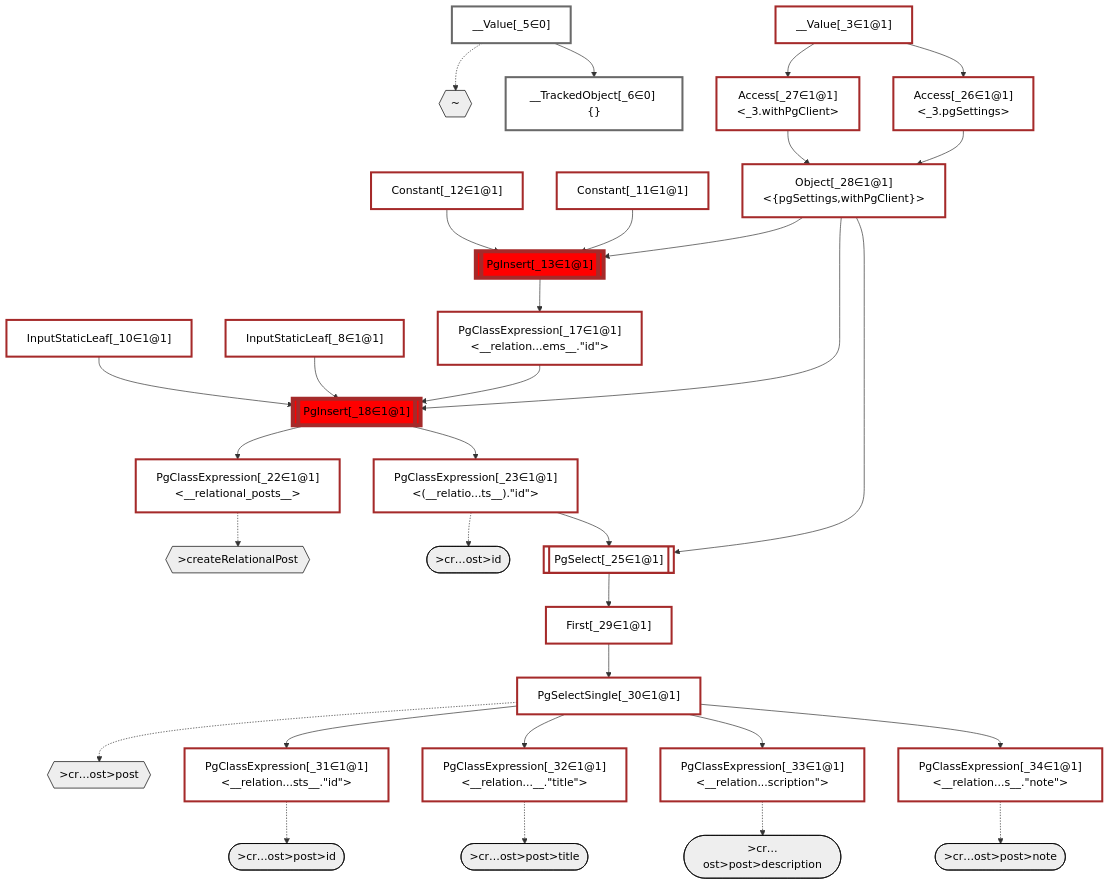
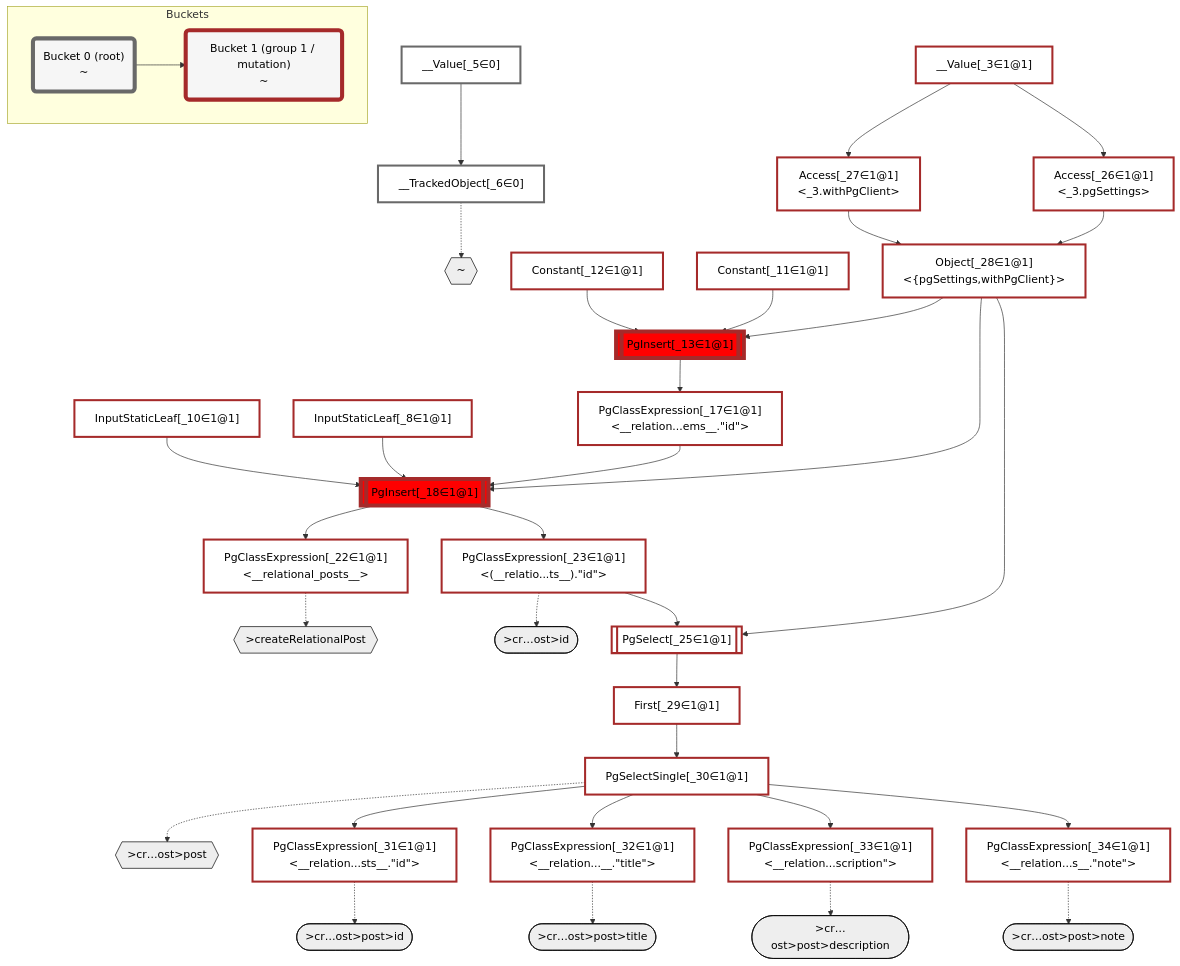
The diagram in packages/dataplan-pg/__tests__/mutations/basics/create-relational-post-default-description.mermaid.md (graphile/crystal), drawn with Mermaid before and after one commit. The commit also changed 195 other files, not shown here.

````diff
--- a/packages/dataplan-pg/__tests__/mutations/basics/create-relational-post-default-description.mermaid.md
+++ b/packages/dataplan-pg/__tests__/mutations/basics/create-relational-post-default-description.mermaid.md
@@ -4,6 +4,7 @@
     classDef plan fill:#fff,stroke-width:3px,color:#000
     classDef itemplan fill:#fff,stroke-width:6px,color:#000
     classDef sideeffectplan fill:#f00,stroke-width:6px,color:#000
+    classDef bucket fill:#f6f6f6,color:#000,stroke-width:6px
 
     %% subgraph fields
     P1{{"~"}}:::path
@@ -26,7 +27,7 @@
     %% define plans
     __Value_3["__Value[_3∈1@1]<br /><context>"]:::plan
     __Value_5["__Value[_5∈0]<br /><rootValue>"]:::plan
-    __TrackedObject_6["__TrackedObject[_6∈0] {}"]:::plan
+    __TrackedObject_6["__TrackedObject[_6∈0]"]:::plan
     InputStaticLeaf_8["InputStaticLeaf[_8∈1@1]"]:::plan
     InputStaticLeaf_10["InputStaticLeaf[_10∈1@1]"]:::plan
     Constant_11["Constant[_11∈1@1]"]:::plan
@@ -73,7 +74,7 @@
     PgSelectSingle_30 --> PgClassExpression_34
 
     %% plan-to-path relationships
-    __Value_5 -.-> P1
+    __TrackedObject_6 -.-> P1
     PgClassExpression_22 -.-> P2
     PgClassExpression_23 -.-> P3
     PgSelectSingle_30 -.-> P4
@@ -87,4 +88,12 @@
     class __Value_5,__TrackedObject_6 bucket0
     classDef bucket1 stroke:#a52a2a
     class __Value_3,InputStaticLeaf_8,InputStaticLeaf_10,Constant_11,Constant_12,PgInsert_13,PgClassExpression_17,PgInsert_18,PgClassExpression_22,PgClassExpression_23,PgSelect_25,Access_26,Access_27,Object_28,First_29,PgSelectSingle_30,PgClassExpression_31,PgClassExpression_32,PgClassExpression_33,PgClassExpression_34 bucket1
+
+    subgraph Buckets
+    Bucket0("Bucket 0 (root)<br />~"):::bucket
+    style Bucket0 stroke:#696969
+    Bucket1("Bucket 1 (group 1 / mutation)<br />~"):::bucket
+    style Bucket1 stroke:#a52a2a
+    Bucket0 --> Bucket1
+    end
 ```
````
